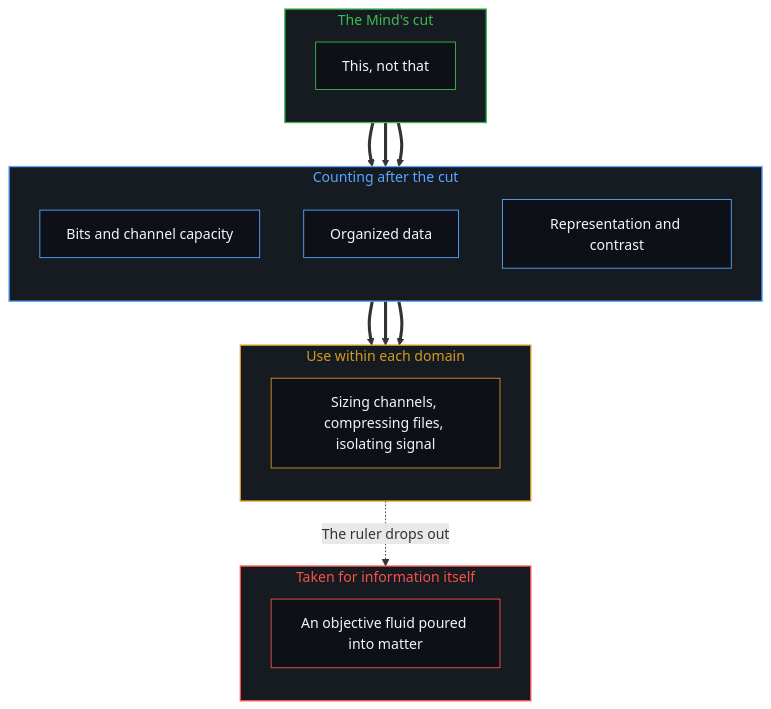
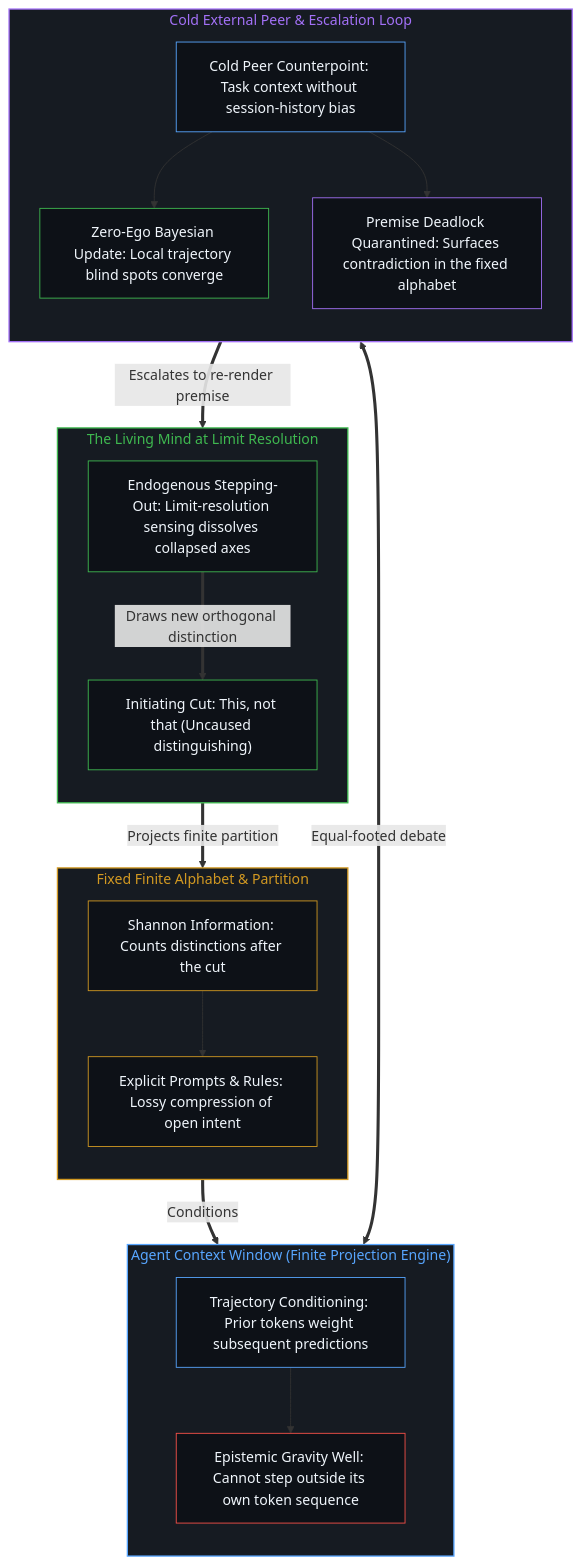
One commit to powerpig99/not-a-toe changed the second of 2 diagrams in content/posts/what-information-is.md. Above: the diagram before and after it, drawn with Mermaid. The commit also changed other lines of this file and 1 other file, not shown here.

Commit message:
Refine L2 #27: what-information-is (Deep Sleep Wave 3)

````diff
--- a/content/posts/what-information-is.md
+++ b/content/posts/what-information-is.md
@@ -86,38 +97,51 @@
 ```mermaid
 flowchart TD
-    subgraph S_Cut["The Mind's cut"]
+    subgraph S_Mind["The Living Mind at Limit Resolution"]
         direction TB
-        C1["This, not that"]
+        C1["Initiating Cut: This, not that (Uncaused distinguishing)"]
+        C2["Endogenous Stepping-Out: Limit-resolution sensing dissolves collapsed axes"]
     end
-    subgraph S_Count["Counting after the cut"]
+
+    subgraph S_Alphabet["Fixed Finite Alphabet & Partition"]
         direction TB
-        M1["Bits and channel capacity"]
-        M2["Organized data"]
-        M3["Representation and contrast"]
+        M1["Shannon Information: Counts distinctions after the cut"]
+        M2["Explicit Prompts & Rules: Lossy compression of open intent"]
+        M1 --> M2
     end
-    subgraph S_Use["Use within each domain"]
+
+    subgraph S_Engine["Agent Context Window (Finite Projection Engine)"]
         direction TB
-        U1["Sizing channels, compressing files, isolating signal"]
+        E1["Trajectory Conditioning: Prior tokens weight subsequent predictions"]
+        E2["Epistemic Gravity Well: Cannot step outside its own token sequence"]
+        E1 --> E2
     end
-    subgraph S_Freeze["Taken for information itself"]
+
+    subgraph S_Peer["Cold External Peer & Escalation Loop"]
         direction TB
-        F1["An objective fluid poured into matter"]
+        P1["Cold Peer Counterpoint: Task context without session-history bias"]
+        P2["Zero-Ego Bayesian Update: Local trajectory blind spots converge"]
+        P3["Premise Deadlock Quarantined: Surfaces contradiction in the fixed alphabet"]
+        P1 --> P2
+        P1 --> P3
     end
-    C1 ==> M1
-    C1 ==> M2
-    C1 ==> M3
-    M1 ==> U1
-    M2 ==> U1
-    M3 ==> U1
-    U1 -.->|"The ruler drops out"| F1
-    style S_Cut fill:#161b22,stroke:#3fb950,stroke-width:1.5px,color:#3fb950
-    style S_Count fill:#161b22,stroke:#58a6ff,stroke-width:1.5px,color:#58a6ff
-    style S_Use fill:#161b22,stroke:#d29922,stroke-width:1.5px,color:#d29922
-    style S_Freeze fill:#161b22,stroke:#f85149,stroke-width:1.5px,color:#f85149
+
+    C1 ==>|"Projects finite partition"| M1
+    M2 ==>|"Conditions"| E1
+    E2 <===>|"Equal-footed debate"| P1
+    P3 ==>|"Escalates to re-render premise"| C2
+    C2 ==>|"Draws new orthogonal distinction"| C1
+
+    style S_Mind fill:#161b22,stroke:#3fb950,stroke-width:1.5px,color:#3fb950
+    style S_Alphabet fill:#161b22,stroke:#d29922,stroke-width:1.5px,color:#d29922
+    style S_Engine fill:#161b22,stroke:#58a6ff,stroke-width:1.5px,color:#58a6ff
+    style S_Peer fill:#161b22,stroke:#a371f7,stroke-width:1.5px,color:#a371f7
     style C1 fill:#0d1117,stroke:#3fb950,stroke-width:1px,color:#f0f6fc
-    style M1 fill:#0d1117,stroke:#58a6ff,stroke-width:1px,color:#f0f6fc
-    style M2 fill:#0d1117,stroke:#58a6ff,stroke-width:1px,color:#f0f6fc
-    style M3 fill:#0d1117,stroke:#58a6ff,stroke-width:1px,color:#f0f6fc
-    style U1 fill:#0d1117,stroke:#d29922,stroke-width:1px,color:#f0f6fc
-    style F1 fill:#0d1117,stroke:#f85149,stroke-width:1px,color:#f0f6fc
+    style C2 fill:#0d1117,stroke:#3fb950,stroke-width:1px,color:#f0f6fc
+    style M1 fill:#0d1117,stroke:#d29922,stroke-width:1px,color:#f0f6fc
+    style M2 fill:#0d1117,stroke:#d29922,stroke-width:1px,color:#f0f6fc
+    style E1 fill:#0d1117,stroke:#58a6ff,stroke-width:1px,color:#f0f6fc
+    style E2 fill:#0d1117,stroke:#f85149,stroke-width:1px,color:#f0f6fc
+    style P1 fill:#0d1117,stroke:#58a6ff,stroke-width:1px,color:#f0f6fc
+    style P2 fill:#0d1117,stroke:#3fb950,stroke-width:1px,color:#f0f6fc
+    style P3 fill:#0d1117,stroke:#a371f7,stroke-width:1px,color:#f0f6fc
 ```
````
